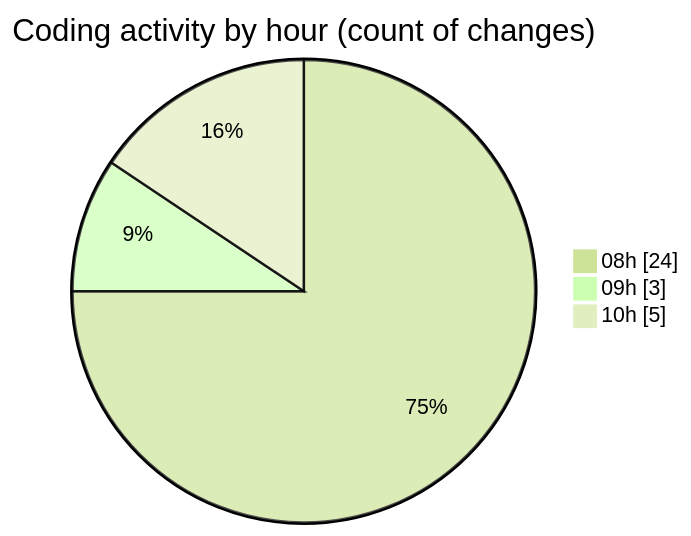
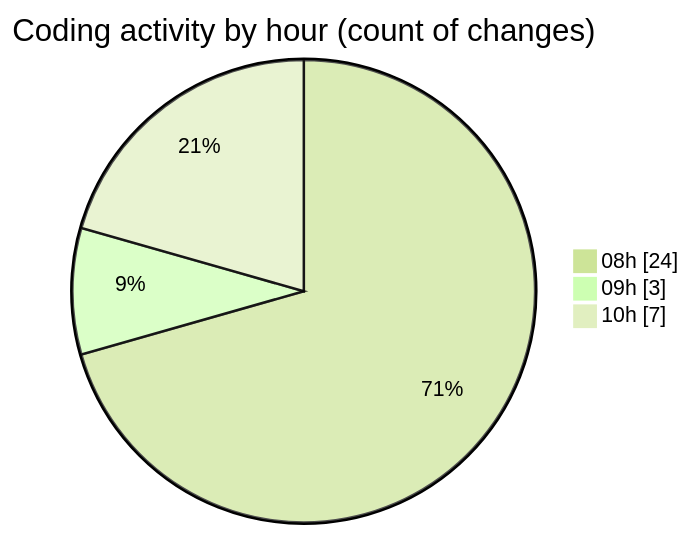
One commit to julien-gomy/code-tracking changed the second of 2 diagrams in 2025-11-07/eventscop-frontend-guide__workspace_/README.md. Above: the diagram before and after it, drawn with Mermaid (forest theme). The commit also changed other lines of this file and 1 other file, not shown here.

````diff
--- a/2025-11-07/eventscop-frontend-guide__workspace_/README.md
+++ b/2025-11-07/eventscop-frontend-guide__workspace_/README.md
@@ -42,7 +43,7 @@
 ```mermaid
 pie showData
 title Coding activity by hour (count of changes)
 "08h" : 24
 "09h" : 3
-"10h" : 5
+"10h" : 7
 ```
````
